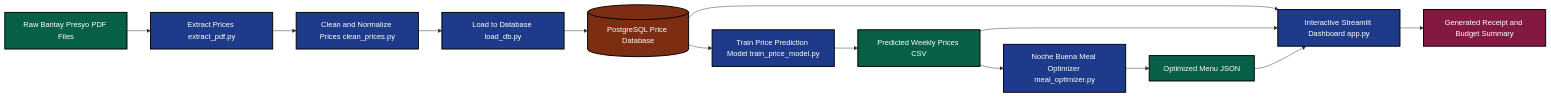
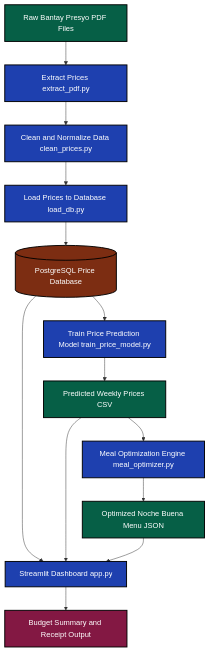
The diagram in README.md (CalistaJajalla/nochebuena-budget-tracker), drawn with Mermaid before and after one commit.

`````diff
--- a/README.md
+++ b/README.md
@@ -36,39 +36,40 @@
 ```mermaid
-flowchart LR
+flowchart TD
 
-    %% ===== STYLES (HIGH CONTRAST) =====
-    classDef process fill:#1E3A8A,color:#FFFFFF,stroke:#000000,stroke-width:2px;
+    %% ===== STYLES =====
+    classDef process fill:#1E40AF,color:#FFFFFF,stroke:#000000,stroke-width:2px;
     classDef data fill:#065F46,color:#FFFFFF,stroke:#000000,stroke-width:2px;
     classDef storage fill:#7C2D12,color:#FFFFFF,stroke:#000000,stroke-width:2px;
     classDef output fill:#831843,color:#FFFFFF,stroke:#000000,stroke-width:2px;
 
     %% ===== INPUT =====
     A[Raw Bantay Presyo PDF Files]:::data
 
-    %% ===== ETL =====
+    %% ===== ETL PIPELINE =====
     B[Extract Prices extract_pdf.py]:::process
-    C[Clean and Normalize Prices clean_prices.py]:::process
-    D[Load to Database load_db.py]:::process
+    C[Clean and Normalize Data clean_prices.py]:::process
+    D[Load Prices to Database load_db.py]:::process
 
     %% ===== DATABASE =====
-    DB[(PostgreSQL Price Database)]:::storage
+    E[(PostgreSQL Price Database)]:::storage
 
-    %% ===== ANALYTICS =====
-    E[Train Price Prediction Model train_price_model.py]:::process
-    F[Predicted Weekly Prices CSV]:::data
-    G[Noche Buena Meal Optimizer meal_optimizer.py]:::process
-    H[Optimized Menu JSON]:::data
+    %% ===== ML & OPTIMIZATION =====
+    F[Train Price Prediction Model train_price_model.py]:::process
+    G[Predicted Weekly Prices CSV]:::data
+    H[Meal Optimization Engine meal_optimizer.py]:::process
+    I[Optimized Noche Buena Menu JSON]:::data
 
     %% ===== DASHBOARD =====
-    I[Interactive Streamlit Dashboard app.py]:::process
-    J[Generated Receipt and Budget Summary]:::output
+    J[Streamlit Dashboard app.py]:::process
+    K[Budget Summary and Receipt Output]:::output
 
     %% ===== FLOW =====
-    A --> B --> C --> D --> DB
-    DB --> E --> F
-    F --> G --> H
-    DB --> I
-    F --> I
-    H --> I
+    A --> B --> C --> D
+    D --> E
+    E --> F --> G
+    G --> H --> I
+    E --> J
+    G --> J
     I --> J
+    J --> K
 ````
`````
